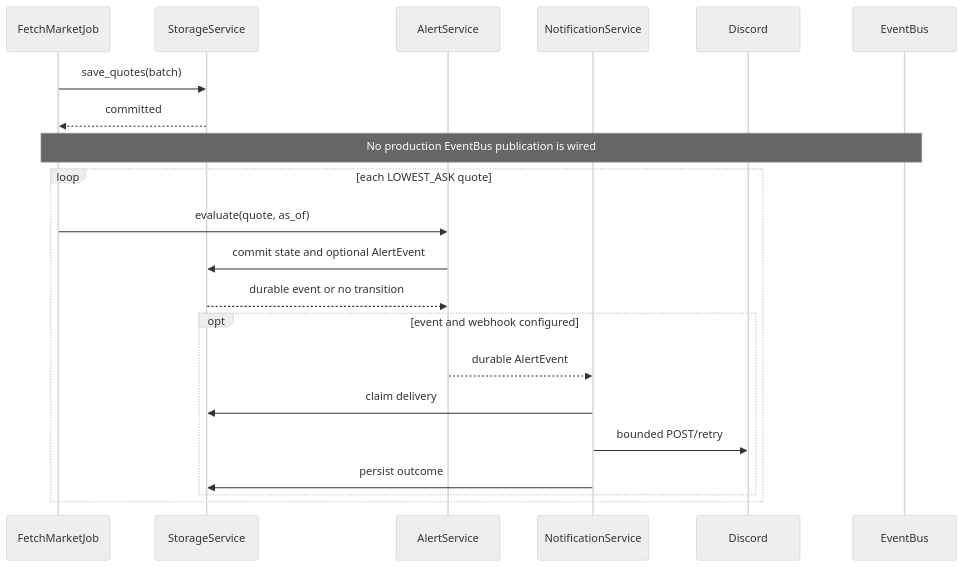
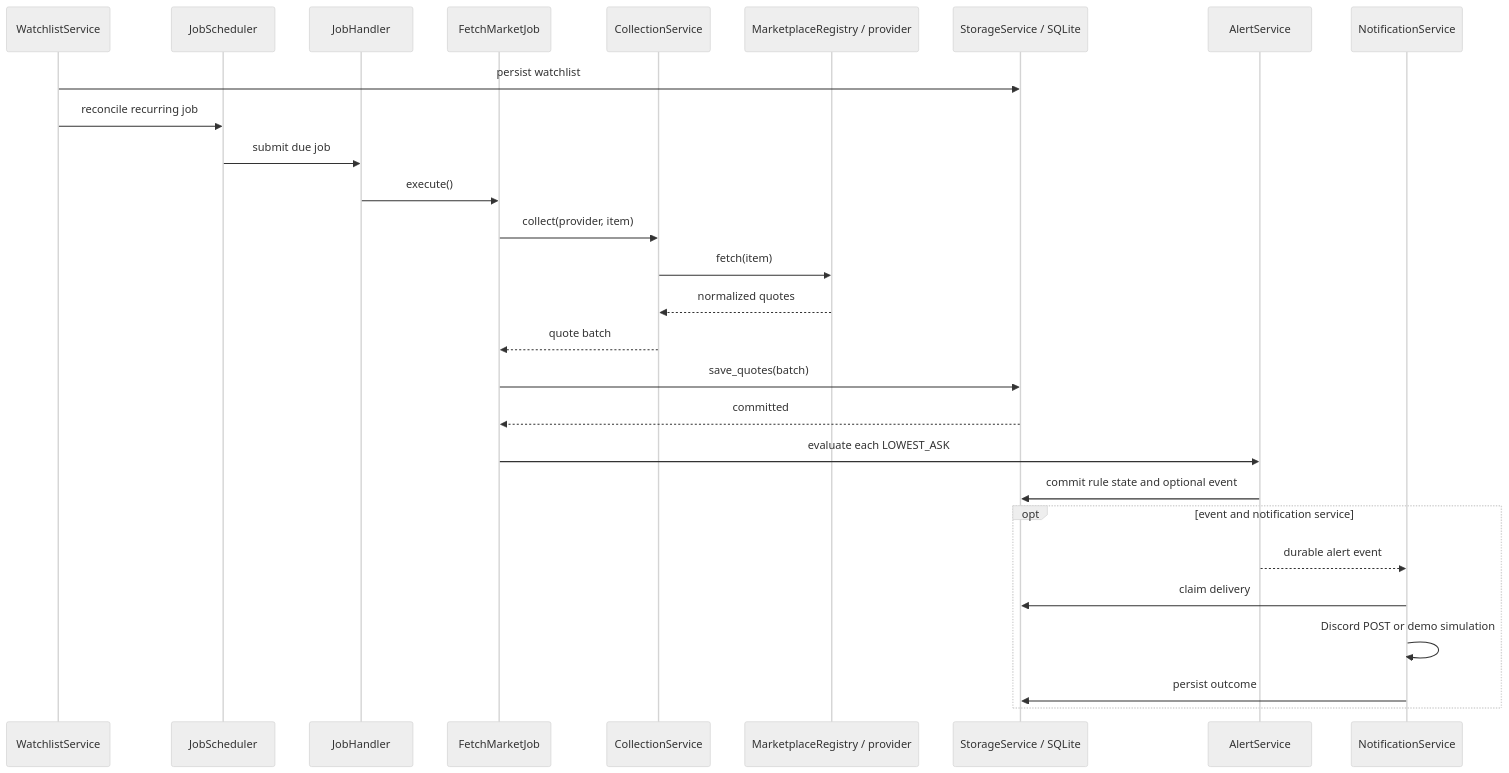
One commit to maciejL03/price-oracle changed the second of 2 diagrams in README.md. Above: the diagram before and after it, drawn with Mermaid (neutral theme). The commit also changed other lines of this file, not shown here.

````diff
--- a/README.md
+++ b/README.md
@@ -110,24 +210,31 @@
 ```mermaid
 sequenceDiagram
+    participant W as WatchlistService
+    participant S as JobScheduler
+    participant H as JobHandler
     participant F as FetchMarketJob
-    participant DB as StorageService
+    participant C as CollectionService
+    participant M as MarketplaceRegistry / provider
+    participant DB as StorageService / SQLite
     participant A as AlertService
     participant N as NotificationService
-    participant D as Discord
-    participant E as EventBus
 
+    W->>DB: persist watchlist
+    W->>S: reconcile recurring job
+    S->>H: submit due job
+    H->>F: execute()
+    F->>C: collect(provider, item)
+    C->>M: fetch(item)
+    M-->>C: normalized quotes
+    C-->>F: quote batch
     F->>DB: save_quotes(batch)
     DB-->>F: committed
-    Note over F,E: No production EventBus publication is wired
-    loop each LOWEST_ASK quote
-        F->>A: evaluate(quote, as_of)
-        A->>DB: commit state and optional AlertEvent
-        DB-->>A: durable event or no transition
-        opt event and webhook configured
-            A-->>N: durable AlertEvent
-            N->>DB: claim delivery
-            N->>D: bounded POST/retry
-            N->>DB: persist outcome
-        end
+    F->>A: evaluate each LOWEST_ASK
+    A->>DB: commit rule state and optional event
+    opt event and notification service
+        A-->>N: durable alert event
+        N->>DB: claim delivery
+        N->>N: Discord POST or demo simulation
+        N->>DB: persist outcome
     end
 ```
````
